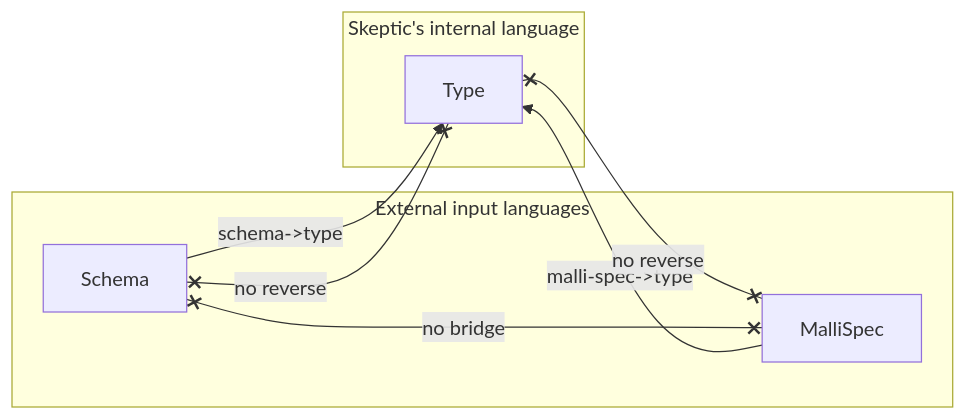
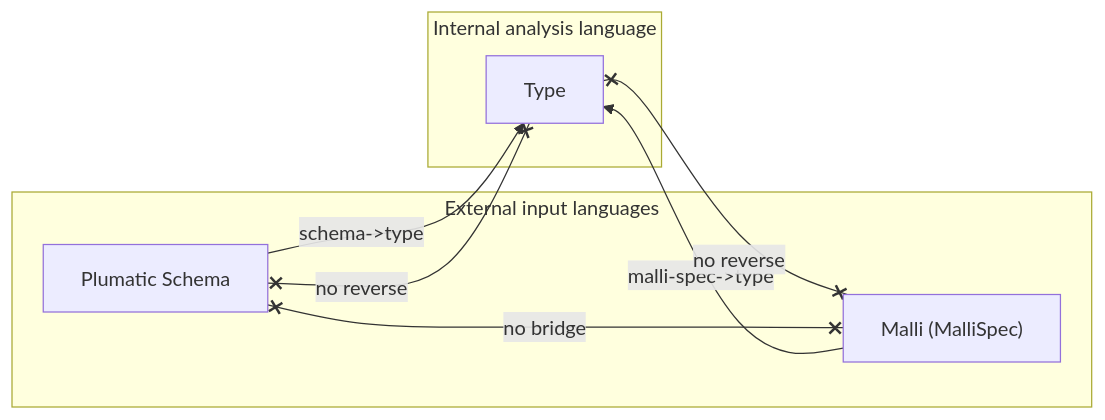
Before and after one commit to nomicflux/skeptic: the diagram in skeptic/docs/walkthrough/02-three-domains.md, drawn with Mermaid. The commit also changed other lines of this file and 12 other files, not shown here.

````diff
--- a/skeptic/docs/walkthrough/02-three-domains.md
+++ b/skeptic/docs/walkthrough/02-three-domains.md
@@ -52,15 +67,15 @@
 ```mermaid
 flowchart LR
   subgraph external [External input languages]
-    schema[Schema]
-    malli[MalliSpec]
+    schema["Plumatic Schema"]
+    malli["Malli (MalliSpec)"]
   end
-  subgraph internal [Skeptic's internal language]
+  subgraph internal [Internal analysis language]
     type[Type]
   end
   schema -->|schema->type| type
   malli  -->|malli-spec->type| type
   type x--x|no reverse| schema
   type x--x|no reverse| malli
   schema x--x|no bridge| malli
 ```
````
